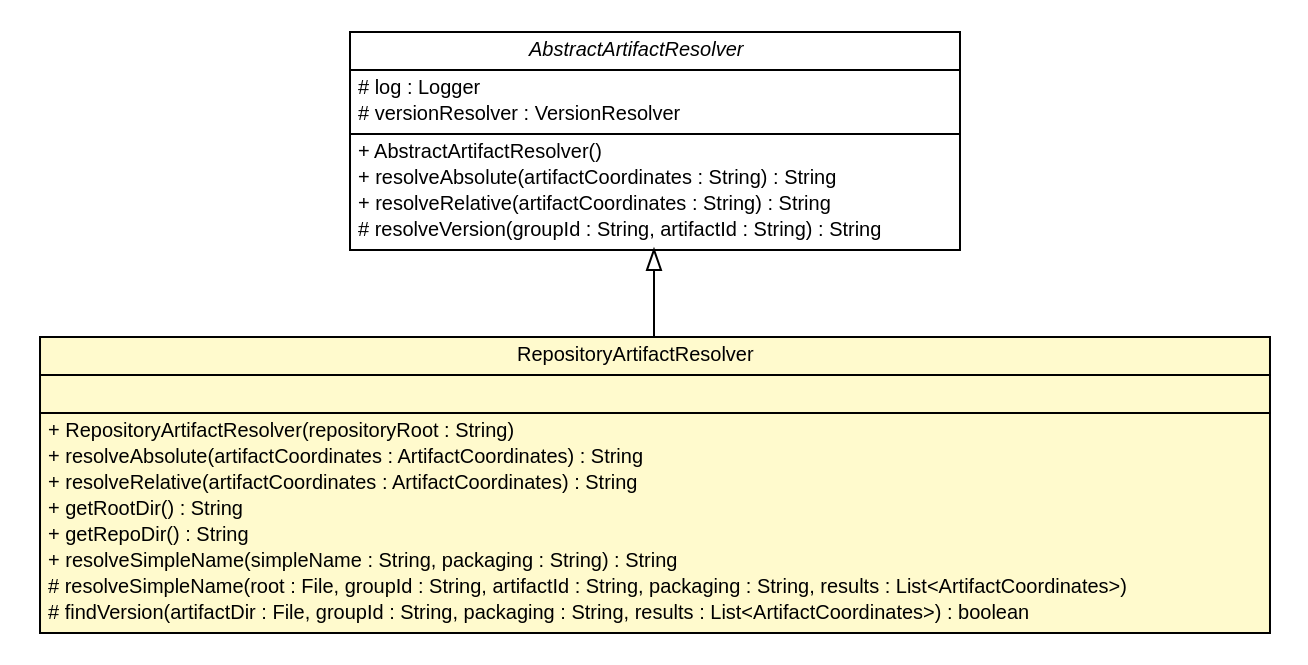
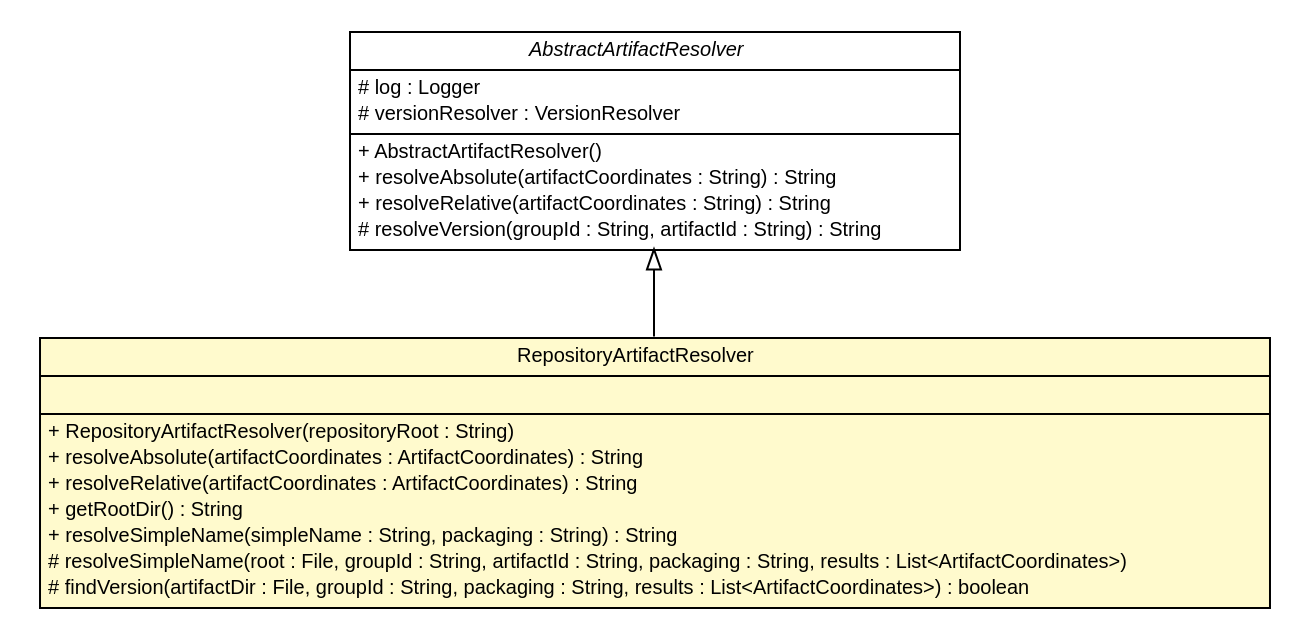
Before and after one commit to sorcersoft/sorcersoft.github.io: the diagram in apidocs/sorcer/resolver/RepositoryArtifactResolver.dot, drawn with Graphviz. The commit also changed 4286 other files, not shown here.

```diff
--- a/apidocs/sorcer/resolver/RepositoryArtifactResolver.dot
+++ b/apidocs/sorcer/resolver/RepositoryArtifactResolver.dot
@@ -1,49 +1,48 @@
 #!/usr/local/bin/dot
 #
 # Class diagram 
 # Generated by UMLGraph version R5_6 (http://www.umlgraph.org/)
 #
 
 digraph G {
 	edge [fontname="Helvetica",fontsize=10,labelfontname="Helvetica",labelfontsize=10];
 	node [fontname="Helvetica",fontsize=10,shape=plaintext];
 	nodesep=0.25;
 	ranksep=0.5;
 	// sorcer.resolver.AbstractArtifactResolver
-	c269197 [label=<<table title="sorcer.resolver.AbstractArtifactResolver" border="0" cellborder="1" cellspacing="0" cellpadding="2" port="p" href="./AbstractArtifactResolver.html">
+	c376580 [label=<<table title="sorcer.resolver.AbstractArtifactResolver" border="0" cellborder="1" cellspacing="0" cellpadding="2" port="p" href="./AbstractArtifactResolver.html">
 		<tr><td><table border="0" cellspacing="0" cellpadding="1">
 <tr><td align="center" balign="center"><font face="Helvetica-Oblique"> AbstractArtifactResolver </font></td></tr>
 		</table></td></tr>
 		<tr><td><table border="0" cellspacing="0" cellpadding="1">
 <tr><td align="left" balign="left"> # log : Logger </td></tr>
 <tr><td align="left" balign="left"> # versionResolver : VersionResolver </td></tr>
 		</table></td></tr>
 		<tr><td><table border="0" cellspacing="0" cellpadding="1">
 <tr><td align="left" balign="left"> + AbstractArtifactResolver() </td></tr>
 <tr><td align="left" balign="left"> + resolveAbsolute(artifactCoordinates : String) : String </td></tr>
 <tr><td align="left" balign="left"> + resolveRelative(artifactCoordinates : String) : String </td></tr>
 <tr><td align="left" balign="left"> # resolveVersion(groupId : String, artifactId : String) : String </td></tr>
 		</table></td></tr>
 		</table>>, URL="./AbstractArtifactResolver.html", fontname="Helvetica", fontcolor="black", fontsize=10.0];
 	// sorcer.resolver.RepositoryArtifactResolver
-	c269203 [label=<<table title="sorcer.resolver.RepositoryArtifactResolver" border="0" cellborder="1" cellspacing="0" cellpadding="2" port="p" bgcolor="lemonChiffon" href="./RepositoryArtifactResolver.html">
+	c376584 [label=<<table title="sorcer.resolver.RepositoryArtifactResolver" border="0" cellborder="1" cellspacing="0" cellpadding="2" port="p" bgcolor="lemonChiffon" href="./RepositoryArtifactResolver.html">
 		<tr><td><table border="0" cellspacing="0" cellpadding="1">
 <tr><td align="center" balign="center"> RepositoryArtifactResolver </td></tr>
 		</table></td></tr>
 		<tr><td><table border="0" cellspacing="0" cellpadding="1">
 <tr><td align="left" balign="left">  </td></tr>
 		</table></td></tr>
 		<tr><td><table border="0" cellspacing="0" cellpadding="1">
 <tr><td align="left" balign="left"> + RepositoryArtifactResolver(repositoryRoot : String) </td></tr>
 <tr><td align="left" balign="left"> + resolveAbsolute(artifactCoordinates : ArtifactCoordinates) : String </td></tr>
 <tr><td align="left" balign="left"> + resolveRelative(artifactCoordinates : ArtifactCoordinates) : String </td></tr>
 <tr><td align="left" balign="left"> + getRootDir() : String </td></tr>
-<tr><td align="left" balign="left"> + getRepoDir() : String </td></tr>
 <tr><td align="left" balign="left"> + resolveSimpleName(simpleName : String, packaging : String) : String </td></tr>
 <tr><td align="left" balign="left"> # resolveSimpleName(root : File, groupId : String, artifactId : String, packaging : String, results : List&lt;ArtifactCoordinates&gt;) </td></tr>
 <tr><td align="left" balign="left"> # findVersion(artifactDir : File, groupId : String, packaging : String, results : List&lt;ArtifactCoordinates&gt;) : boolean </td></tr>
 		</table></td></tr>
 		</table>>, URL="./RepositoryArtifactResolver.html", fontname="Helvetica", fontcolor="black", fontsize=10.0];
 	//sorcer.resolver.RepositoryArtifactResolver extends sorcer.resolver.AbstractArtifactResolver
-	c269197:p -> c269203:p [dir=back,arrowtail=empty];
+	c376580:p -> c376584:p [dir=back,arrowtail=empty];
 }
```
